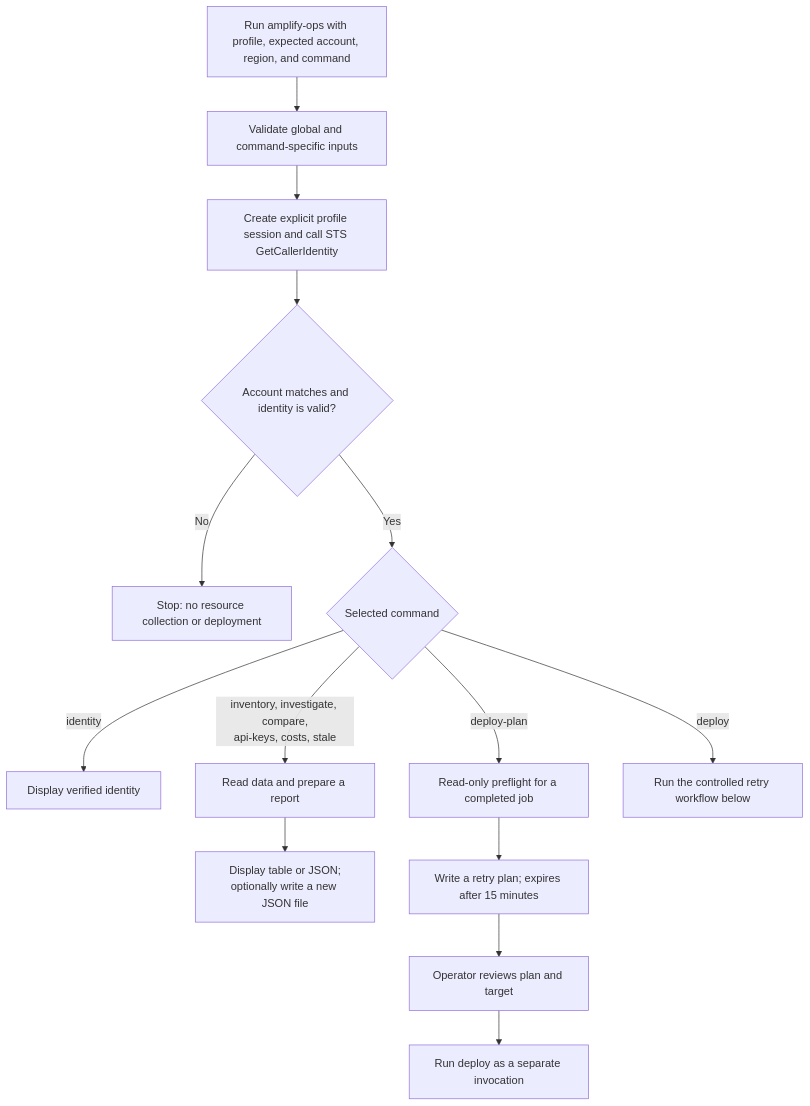
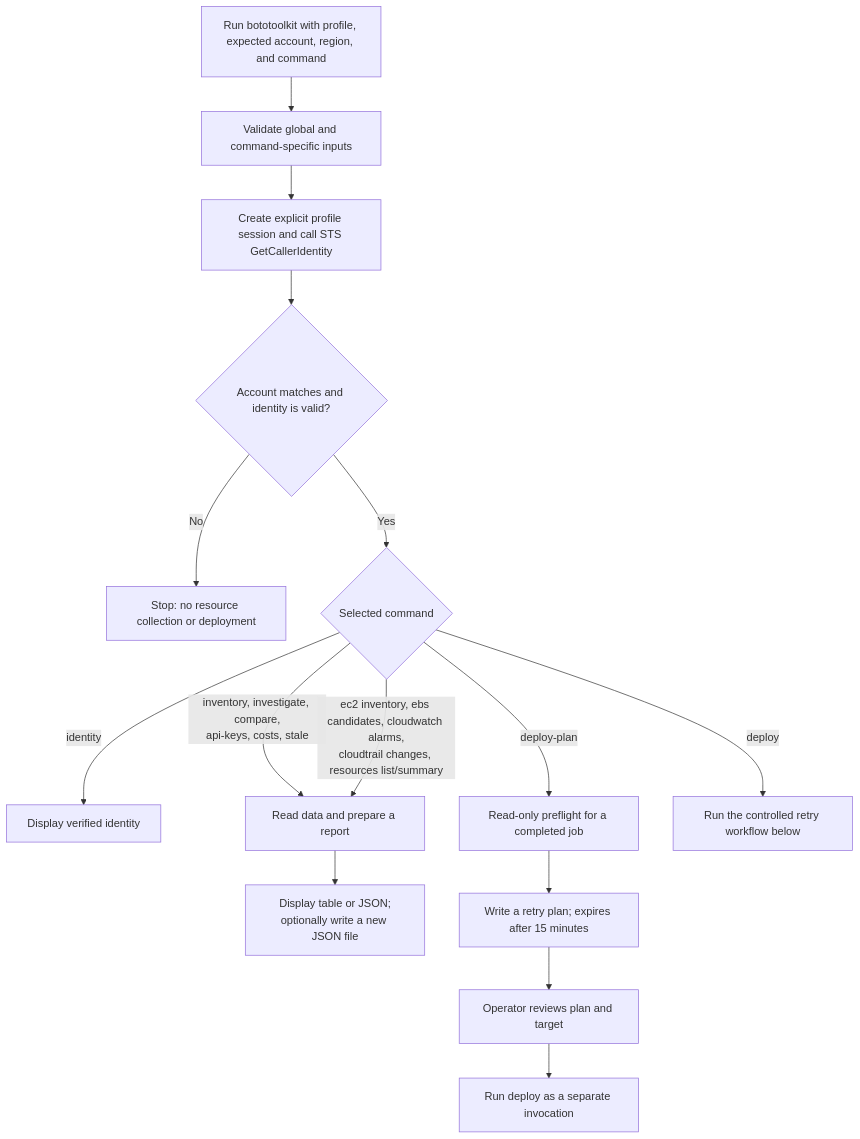
Before and after one commit to Joskingy/BotoToolkit: the first of 2 diagrams in docs/cli-workflow.md, drawn with Mermaid. The commit also changed other lines of this file and 19 other files, not shown here.

````diff
--- a/docs/cli-workflow.md
+++ b/docs/cli-workflow.md
@@ -12,16 +11,17 @@
 ```mermaid
 flowchart TD
-    A["Run amplify-ops with profile, expected account, region, and command"] --> B["Validate global and command-specific inputs"]
+    A["Run bototoolkit with profile, expected account, region, and command"] --> B["Validate global and command-specific inputs"]
     B --> C["Create explicit profile session and call STS GetCallerIdentity"]
     C --> D{"Account matches and identity is valid?"}
     D -- "No" --> X["Stop: no resource collection or deployment"]
     D -- "Yes" --> E{"Selected command"}
     E -->|identity| I["Display verified identity"]
     E -->|"inventory, investigate, compare,<br/>api-keys, costs, stale"| R["Read data and prepare a report"]
+    E -->|"ec2 inventory, ebs candidates, cloudwatch alarms,<br/>cloudtrail changes, resources list/summary"| R
     R --> O["Display table or JSON;<br/>optionally write a new JSON file"]
     E -->|deploy-plan| P["Read-only preflight for a completed job"]
     P --> F["Write a retry plan; expires after 15 minutes"]
     F --> H["Operator reviews plan and target"]
     H --> N["Run deploy as a separate invocation"]
     E -->|deploy| W["Run the controlled retry workflow below"]
 ```
````
